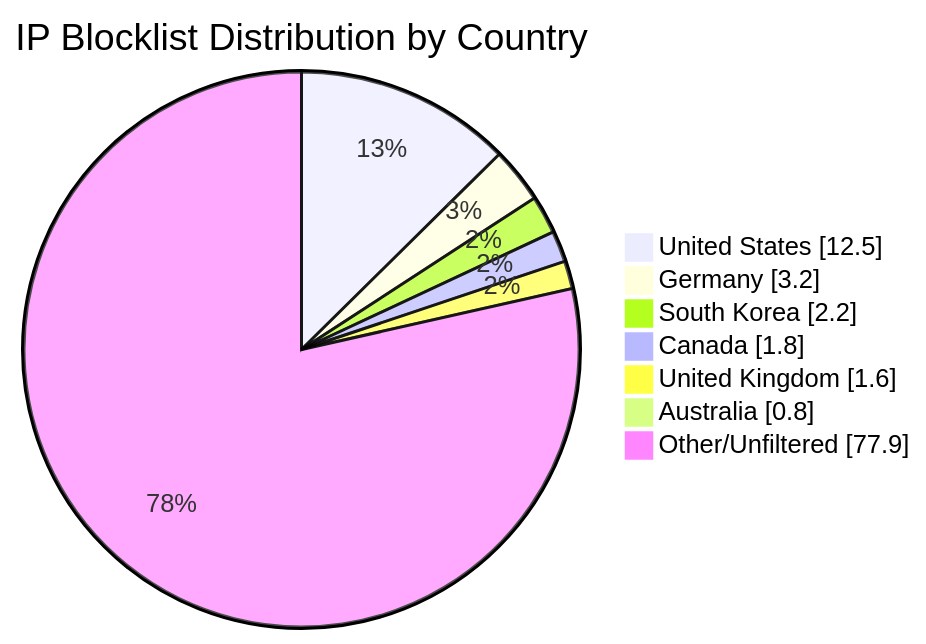
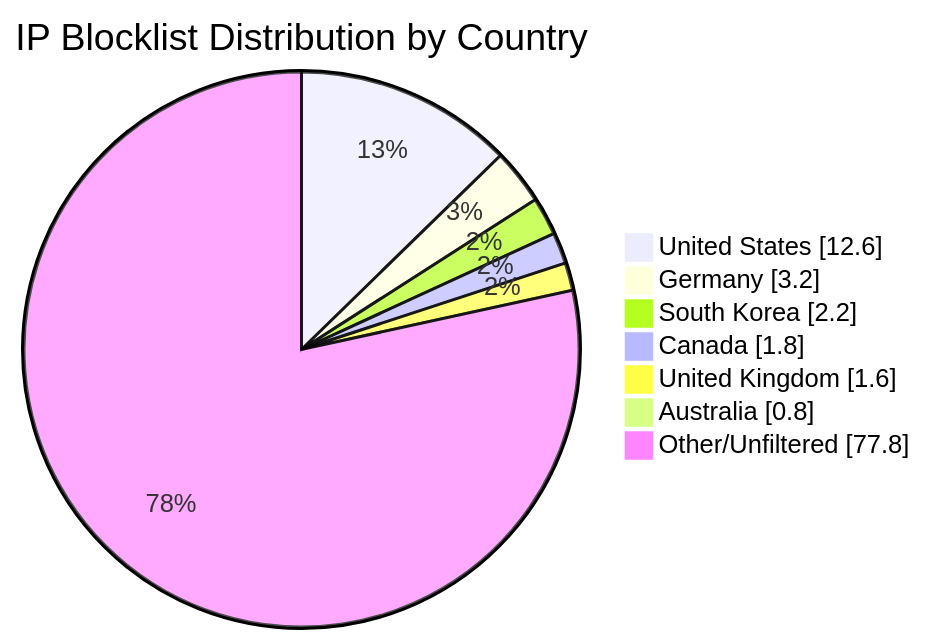
The diagram in README.md (MarcusHoltz/ipblocklist-geofiltered-aggregator), drawn with Mermaid before and after one commit. The commit also changed other lines of this file and 9 other files, not shown here.

````diff
--- a/README.md
+++ b/README.md
@@ -34,10 +34,10 @@
 ```mermaid
 pie showData title IP Blocklist Distribution by Country
-"United States" : 12.5
+"United States" : 12.6
 "Germany" : 3.2
 "South Korea" : 2.2
 "Canada" : 1.8
 "United Kingdom" : 1.6
 "Australia" : 0.8
-"Other/Unfiltered" : 77.9
+"Other/Unfiltered" : 77.8
 ```
````
